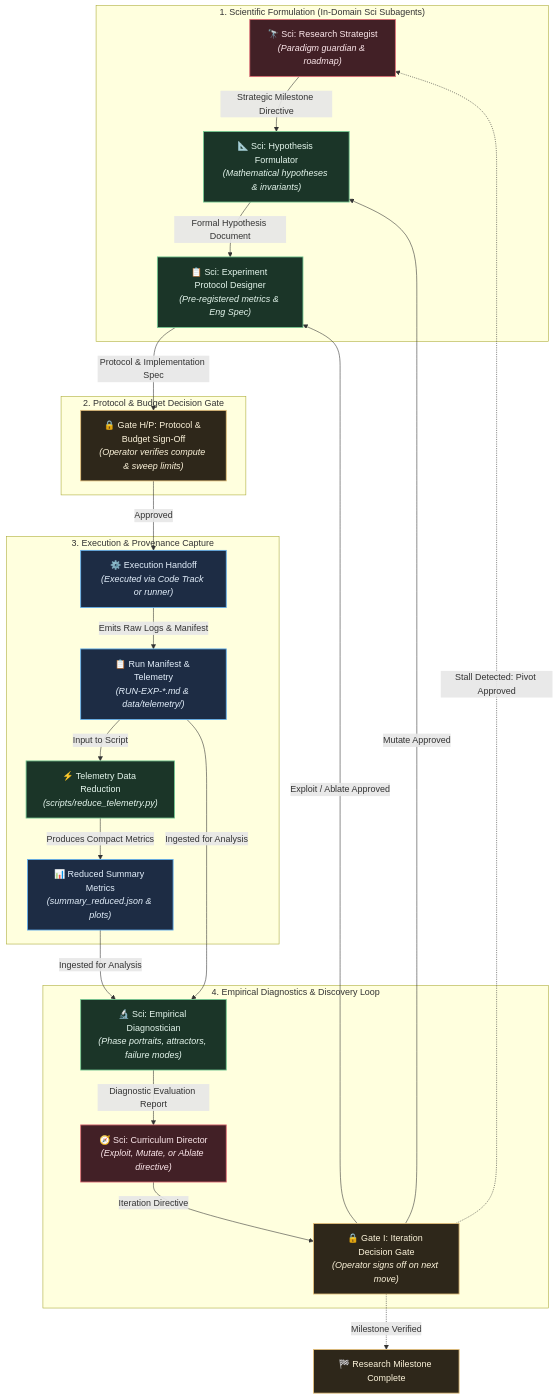
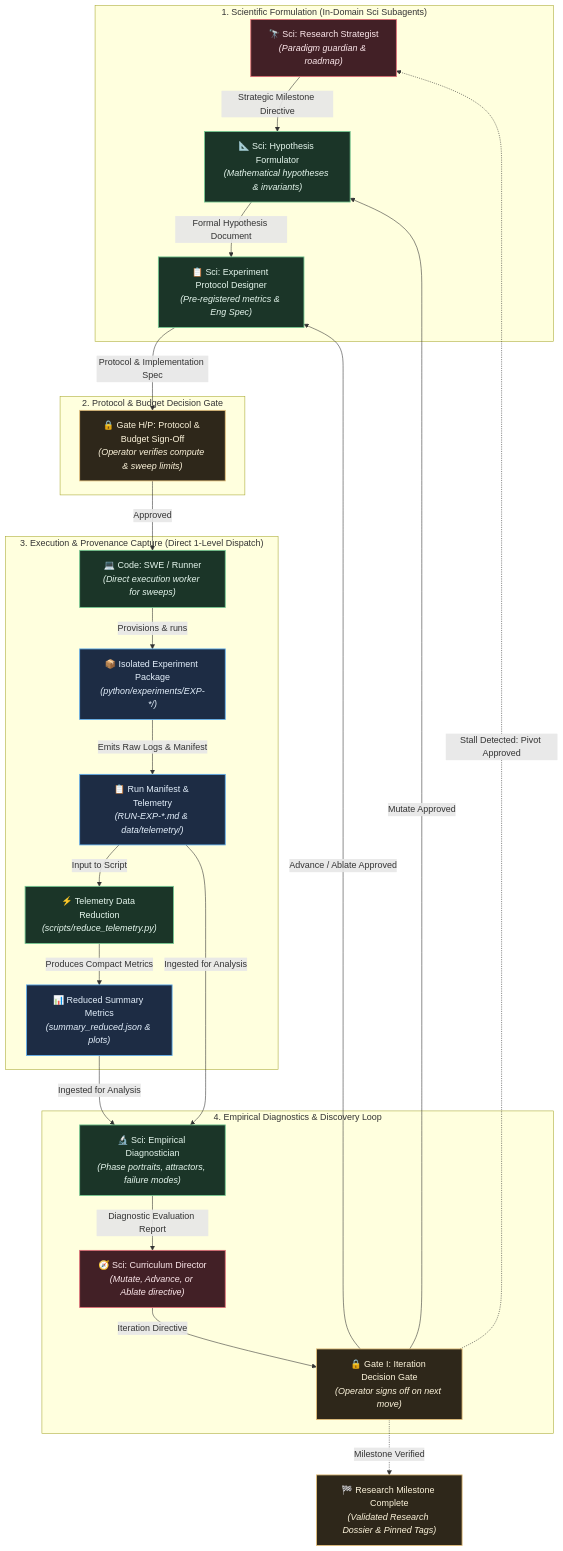
Before and after one commit to Shapedsundew9/rust-python-template: the fourth of 4 diagrams in README.md, drawn with Mermaid. The commit also changed other lines of this file and 14 other files, not shown here.

````diff
--- a/README.md
+++ b/README.md
@@ -381,74 +403,76 @@
 ```mermaid
 %%{init: {
   'theme': 'base',
   'themeVariables': {
     'darkMode': true,
     'background': '#161922',
     'mainBkg': '#1e2230',
     'nodeBorder': '#434c5e',
     'textColor': '#e2e8f0',
     'fontFamily': 'ui-sans-serif, system-ui, -apple-system, BlinkMacSystemFont, "Segoe UI", Roboto, sans-serif',
     'fontSize': '14px',
     'lineColor': '#8892b0',
     'primaryColor': '#422026',
     'primaryTextColor': '#fde8ec',
     'primaryBorderColor': '#e06c75',
     'secondaryColor': '#1b3528',
     'secondaryTextColor': '#e6f7ee',
     'secondaryBorderColor': '#73c991',
     'tertiaryColor': '#1d2c44',
     'tertiaryTextColor': '#e4f0fc',
     'tertiaryBorderColor': '#61afef',
     'clusterBkg': '#13161f',
     'clusterBorder': '#373e51',
     'noteBkgColor': '#2e271a',
     'noteTextColor': '#fdf4db',
     'noteBorderColor': '#e5c07b',
     'edgeLabelBackground': '#1a1d27'
   }
 }}%%
 flowchart TD
     classDef primary fill:#422026,stroke:#e06c75,stroke-width:1.5px,color:#fde8ec;
     classDef secondary fill:#1b3528,stroke:#73c991,stroke-width:1.5px,color:#e6f7ee;
     classDef tertiary fill:#1d2c44,stroke:#61afef,stroke-width:1.5px,color:#e4f0fc;
     classDef note fill:#2e271a,stroke:#e5c07b,stroke-width:1.5px,color:#fdf4db;
 
     subgraph FORMULATION["1. Scientific Formulation (In-Domain Sci Subagents)"]
         STRAT["🔭 Sci: Research Strategist<br/><i>(Paradigm guardian & roadmap)</i>"]:::primary
         HYP["📐 Sci: Hypothesis Formulator<br/><i>(Mathematical hypotheses & invariants)</i>"]:::secondary
         PROTO["📋 Sci: Experiment Protocol Designer<br/><i>(Pre-registered metrics & Eng Spec)</i>"]:::secondary
     end
 
     subgraph PROTOCOL_GATE["2. Protocol & Budget Decision Gate"]
         GATE_HP["🔒 Gate H/P: Protocol & Budget Sign-Off<br/><i>(Operator verifies compute & sweep limits)</i>"]:::note
     end
 
-    subgraph EXECUTION["3. Execution & Provenance Capture"]
-        GATE_EXEC["⚙️ Execution Handoff<br/><i>(Executed via Code Track or runner)</i>"]:::tertiary
+    subgraph EXECUTION["3. Execution & Provenance Capture (Direct 1-Level Dispatch)"]
+        EXEC_W["💻 Code: SWE / Runner<br/><i>(Direct execution worker for sweeps)</i>"]:::secondary
+        EXP_PKG["📦 Isolated Experiment Package<br/><i>(python/experiments/EXP-*/)</i>"]:::tertiary
         RUN_MANIFEST["📋 Run Manifest & Telemetry<br/><i>(RUN-EXP-*.md & data/telemetry/)</i>"]:::tertiary
         REDUCE["⚡ Telemetry Data Reduction<br/><i>(scripts/reduce_telemetry.py)</i>"]:::secondary
         SUMMARY["📊 Reduced Summary Metrics<br/><i>(summary_reduced.json & plots)</i>"]:::tertiary
+        EXEC_W -->|"Provisions & runs"| EXP_PKG
+        EXP_PKG -->|"Emits Raw Logs & Manifest"| RUN_MANIFEST
     end
 
     subgraph EVALUATION["4. Empirical Diagnostics & Discovery Loop"]
         DIAG["🔬 Sci: Empirical Diagnostician<br/><i>(Phase portraits, attractors, failure modes)</i>"]:::secondary
-        CURR["🧭 Sci: Curriculum Director<br/><i>(Exploit, Mutate, or Ablate directive)</i>"]:::primary
+        CURR["🧭 Sci: Curriculum Director<br/><i>(Mutate, Advance, or Ablate directive)</i>"]:::primary
         GATE_I["🔒 Gate I: Iteration Decision Gate<br/><i>(Operator signs off on next move)</i>"]:::note
     end
 
     STRAT -->|"Strategic Milestone Directive"| HYP
     HYP -->|"Formal Hypothesis Document"| PROTO
     PROTO -->|"Protocol & Implementation Spec"| GATE_HP
-    GATE_HP -->|"Approved"| GATE_EXEC
-    GATE_EXEC -->|"Emits Raw Logs & Manifest"| RUN_MANIFEST
+    GATE_HP -->|"Approved"| EXEC_W
     RUN_MANIFEST -->|"Input to Script"| REDUCE
     REDUCE -->|"Produces Compact Metrics"| SUMMARY
     SUMMARY & RUN_MANIFEST -->|"Ingested for Analysis"| DIAG
     DIAG -->|"Diagnostic Evaluation Report"| CURR
     CURR -->|"Iteration Directive"| GATE_I
 
     GATE_I -->|"Mutate Approved"| HYP
-    GATE_I -->|"Exploit / Ablate Approved"| PROTO
+    GATE_I -->|"Advance / Ablate Approved"| PROTO
     GATE_I -.->|"Stall Detected: Pivot Approved"| STRAT
-    GATE_I -.->|"Milestone Verified"| MILESTONE_DONE["🏁 Research Milestone Complete"]:::note
+    GATE_I -.->|"Milestone Verified"| MILESTONE_DONE["🏁 Research Milestone Complete<br/><i>(Validated Research Dossier & Pinned Tags)</i>"]:::note
 ```
````
